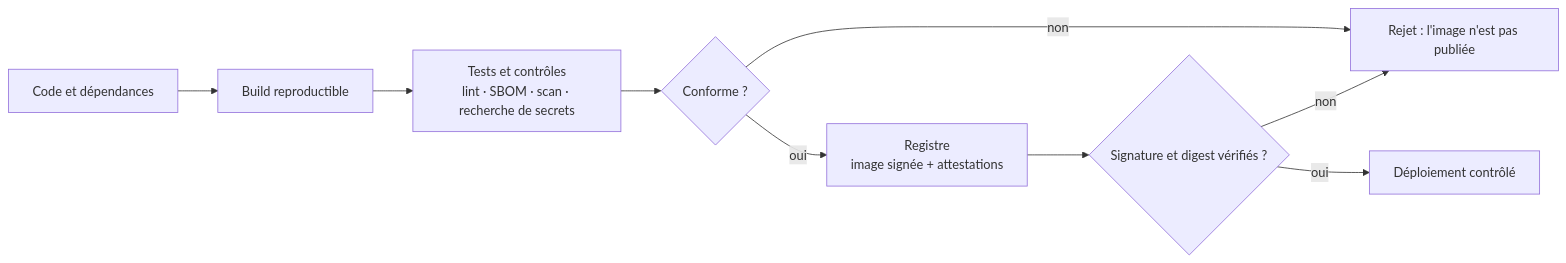
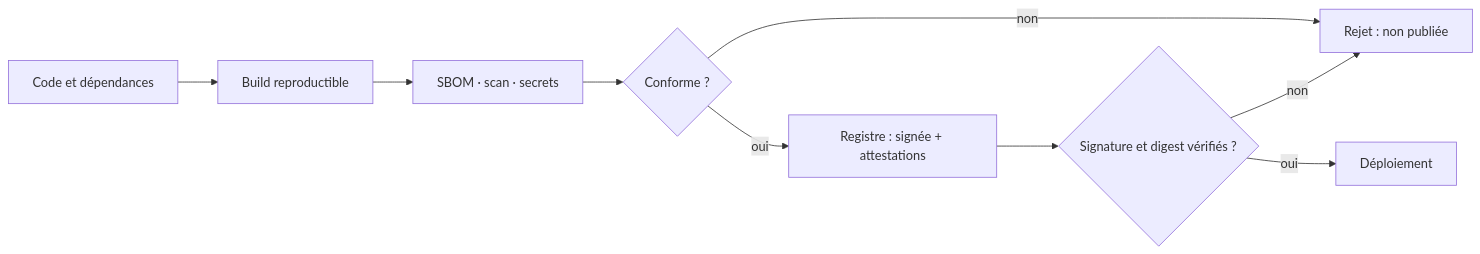
Before and after one commit to astronas/Ynov---Containerization-Orchestration: the diagram in docs/Securite-des-images.md, drawn with Mermaid. The commit also changed other lines of this file and 160 other files, not shown here.

First line of the commit message:
Refonte visuelle : charte des rendus de TP, illustrations et captures réelles

````diff
--- a/docs/Securite-des-images.md
+++ b/docs/Securite-des-images.md
@@ -272,11 +187,11 @@
 ```mermaid
 flowchart LR
     S["Code et dépendances"] --> B["Build reproductible"]
-    B --> T["Tests et contrôles<br/>lint · SBOM · scan · recherche de secrets"]
+    B --> T["SBOM · scan · secrets"]
     T --> G{"Conforme ?"}
-    G -- non --> X["Rejet : l'image n'est pas publiée"]
-    G -- oui --> R["Registre<br/>image signée + attestations"]
+    G -- non --> X["Rejet : non publiée"]
+    G -- oui --> R["Registre : signée + attestations"]
     R --> V{"Signature et digest vérifiés ?"}
-    V -- oui --> P["Déploiement contrôlé"]
+    V -- oui --> P["Déploiement"]
     V -- non --> X
 ```
````
